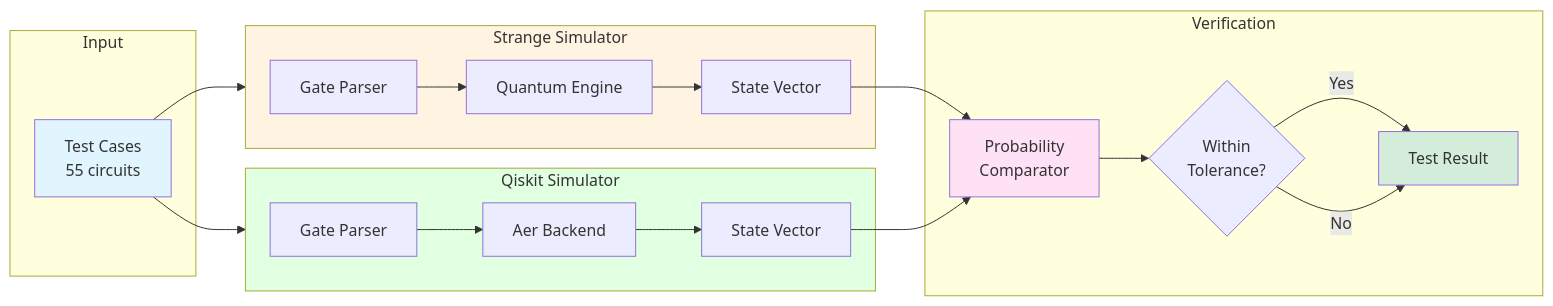
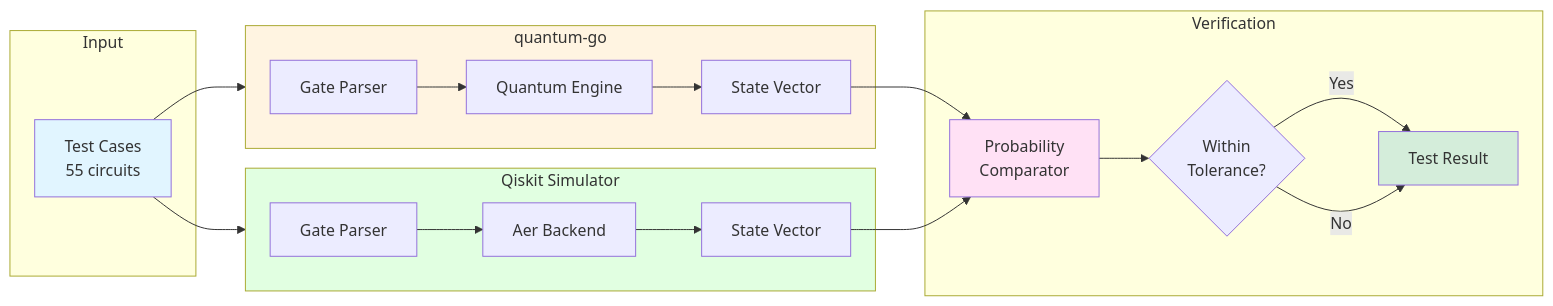
One commit to stephen-mcelhose/quantum-go changed the second of 2 diagrams in verification/QISKIT_VERIFICATION_REPORT.md. Above: the diagram before and after it, drawn with Mermaid. The commit also changed other lines of this file and 52 other files, not shown here.

First line of the commit message:
chore: rename strange -> quantum-go across entire repo (closes #8)

````diff
--- a/verification/QISKIT_VERIFICATION_REPORT.md
+++ b/verification/QISKIT_VERIFICATION_REPORT.md
@@ -49,43 +49,43 @@
 ```mermaid
 flowchart LR
     subgraph Input
         TC[Test Cases<br/>55 circuits]
     end
     
-    subgraph Strange [Strange Simulator]
+    subgraph QuantumGo [quantum-go]
         SG[Gate Parser]
         SE[Quantum Engine]
         SSV[State Vector]
     end
     
     subgraph Qiskit [Qiskit Simulator]
         QG[Gate Parser]
         QE[Aer Backend]
         QSV[State Vector]
     end
     
     subgraph Verification
         COMP[Probability<br/>Comparator]
         TOL{Within<br/>Tolerance?}
         RESULT[Test Result]
     end
     
-    TC --> Strange
+    TC --> QuantumGo
     TC --> Qiskit
     
     SG --> SE --> SSV
     QG --> QE --> QSV
     
     SSV --> COMP
     QSV --> COMP
     
     COMP --> TOL
     TOL -->|Yes| RESULT
     TOL -->|No| RESULT
     
     style TC fill:#e1f5ff
-    style Strange fill:#fff4e1
+    style QuantumGo fill:#fff4e1
     style Qiskit fill:#e1ffe1
     style COMP fill:#ffe1f5
     style RESULT fill:#d4edda
 ```
````
